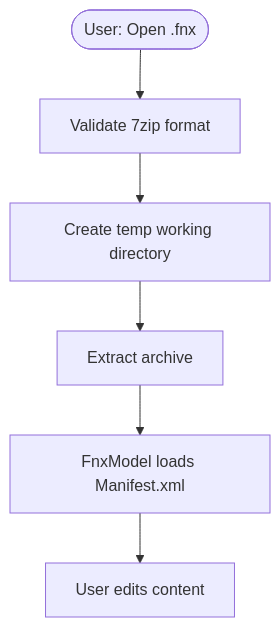
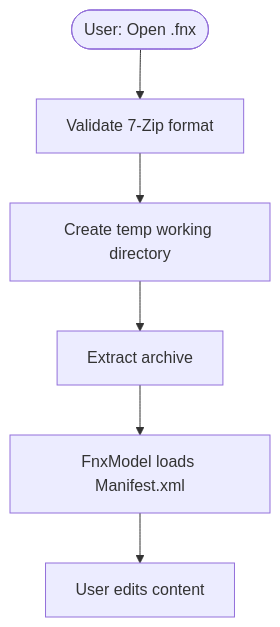
Before and after one commit to fairybow/Fernanda: the second of 3 diagrams in Fernanda/docs/Notebooks.md, drawn with Mermaid. The commit also changed other lines of this file and 13 other files, not shown here.

````diff
--- a/Fernanda/docs/Notebooks.md
+++ b/Fernanda/docs/Notebooks.md
@@ -328,8 +328,8 @@
 ```mermaid
 flowchart TD
-    Start([User: Open .fnx]) --> Validate[Validate 7zip format]
+    Start([User: Open .fnx]) --> Validate[Validate 7-Zip format]
     Validate --> CreateTemp[Create temp working directory]
     CreateTemp --> Extract[Extract archive]
     Extract --> LoadModel[FnxModel loads Manifest.xml]
     LoadModel --> Work[User edits content]
 ```
````
